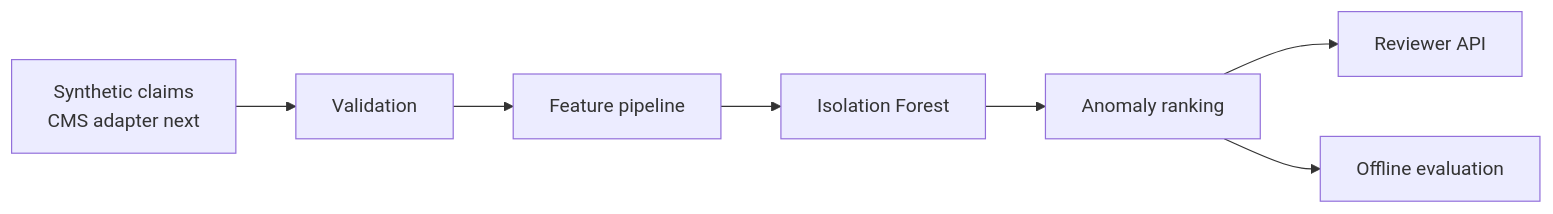
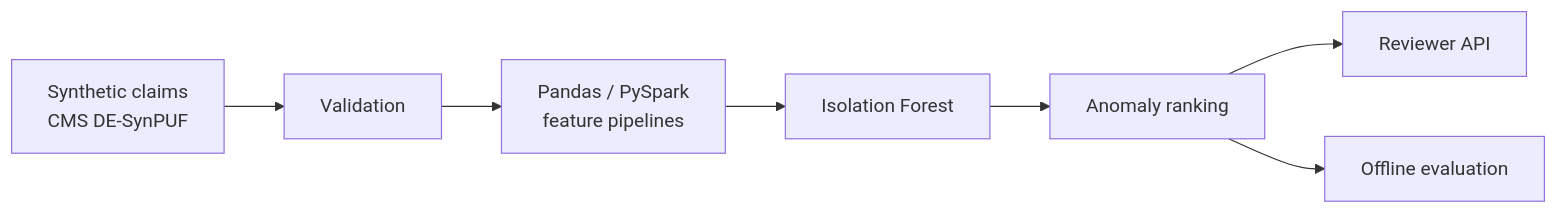
Before and after one commit to GowthamKondabolu/claim-guard: the diagram in README.md, drawn with Mermaid. The commit also changed other lines of this file and 1 other file, not shown here.

Commit message:
Document PySpark feature pipeline

````diff
--- a/README.md
+++ b/README.md
@@ -32,9 +33,9 @@
 ```mermaid
 flowchart LR
-    A["Synthetic claims\nCMS adapter next"] --> B["Validation"]
-    B --> C["Feature pipeline"]
+    A["Synthetic claims\nCMS DE-SynPUF"] --> B["Validation"]
+    B --> C["Pandas / PySpark\nfeature pipelines"]
     C --> D["Isolation Forest"]
     D --> E["Anomaly ranking"]
     E --> F["Reviewer API"]
     E --> G["Offline evaluation"]
 ```
````
